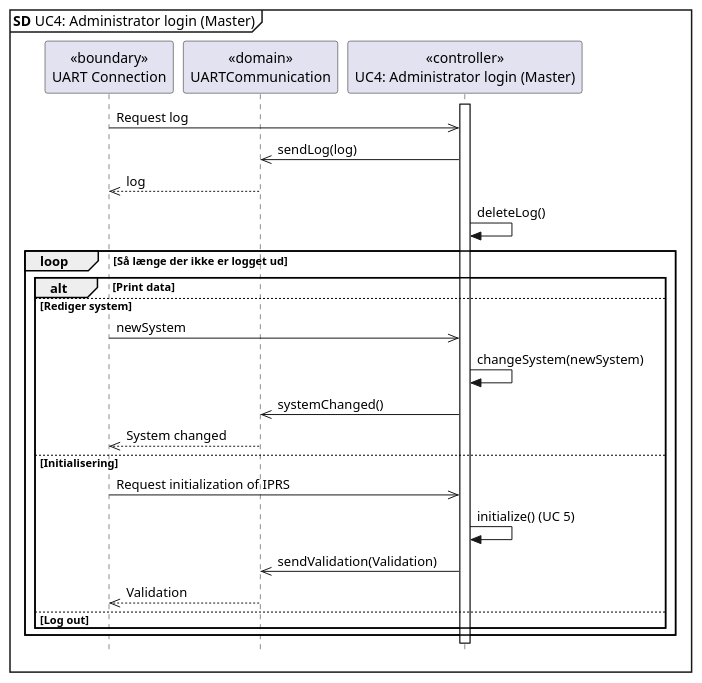
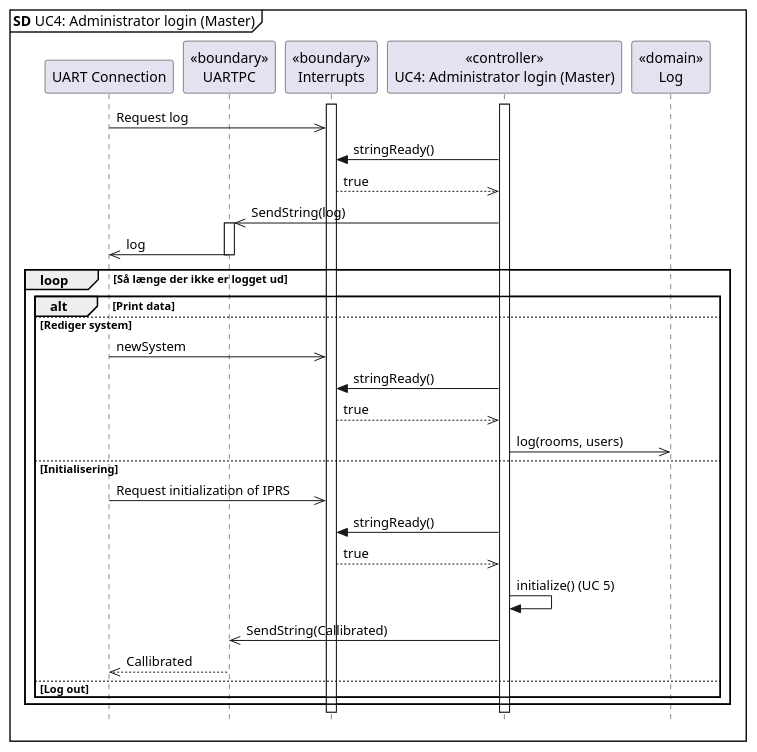
The diagram in Updated SysML/Software Arkitektur-Design/UC4 AM/UC4 SD Master.puml (Tukkel/Projekt_2), drawn with PlantUML before and after one commit.

Commit message:
UC4 master

```diff
--- a/Updated SysML/Software Arkitektur-Design/UC4 AM/UC4 SD Master.puml
+++ b/Updated SysML/Software Arkitektur-Design/UC4 AM/UC4 SD Master.puml
@@ -1,30 +1,38 @@
 @startuml UC4 SD Master
 skinparam style strictuml
 
 mainframe **SD** UC4: Administrator login (Master)
 
-participant "<<boundary>>\nUART Connection" as UARTCon
-participant "<<domain>>\nUARTCommunication" as UART
+participant "UART Connection" as UARTCon
+participant "<<boundary>>\nUARTPC" as UARTPC
+participant "<<boundary>>\nInterrupts" as in
 participant "<<controller>>\nUC4: Administrator login (Master)" as master
+participant "<<domain>>\nLog" as log
 
 activate master
-UARTCon ->> master : Request log
-UART <<- master : sendLog(log)
-UARTCon <<-- UART : log
-master -> master : deleteLog()
+activate in
+UARTCon ->> in : Request log
+in <- master : stringReady()
+in -->> master : true
+UARTPC <<- master : SendString(log)
+activate UARTPC
+UARTCon <<- UARTPC : log
+deactivate UARTPC
 loop Så længe der ikke er logget ud
 alt Print data
 else Rediger system
-UARTCon ->> master : newSystem
-master -> master : changeSystem(newSystem)
-UART <<- master : systemChanged()
-UARTCon <<-- UART : System changed
+UARTCon ->> in : newSystem
+in <- master : stringReady()
+in -->> master : true
+master ->> log : log(rooms, users)
 else Initialisering
-UARTCon ->> master : Request initialization of IPRS
+UARTCon ->> in : Request initialization of IPRS
+in <- master : stringReady()
+in -->> master : true
 master -> master : initialize() (UC 5)
-UART <<- master : sendValidation(Validation)
-UARTCon <<-- UART : Validation
+UARTPC <<- master : SendString(Callibrated)
+UARTCon <<-- UARTPC : Callibrated
 else Log out
 end
 end
 @enduml
```
